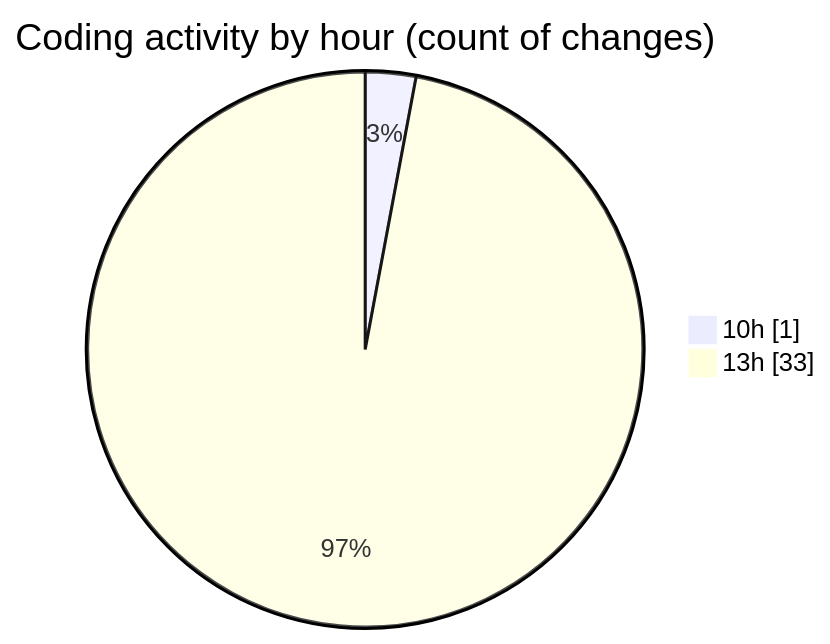
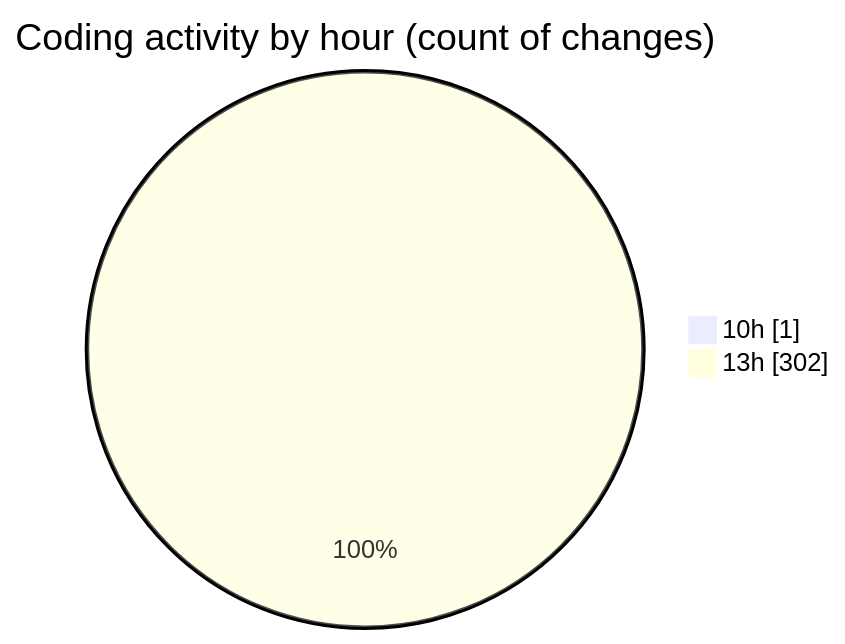
The second of 2 diagrams in 2025-05-28/nxtqube_webapp/README.md (nxtqubesakshisongat/code-tracking), drawn with Mermaid before and after one commit. The commit also changed other lines of this file and 1 other file, not shown here.

````diff
--- a/2025-05-28/nxtqube_webapp/README.md
+++ b/2025-05-28/nxtqube_webapp/README.md
@@ -30,6 +30,6 @@
 ```mermaid
 pie showData
 title Coding activity by hour (count of changes)
 "10h" : 1
-"13h" : 33
+"13h" : 302
 ```
````
